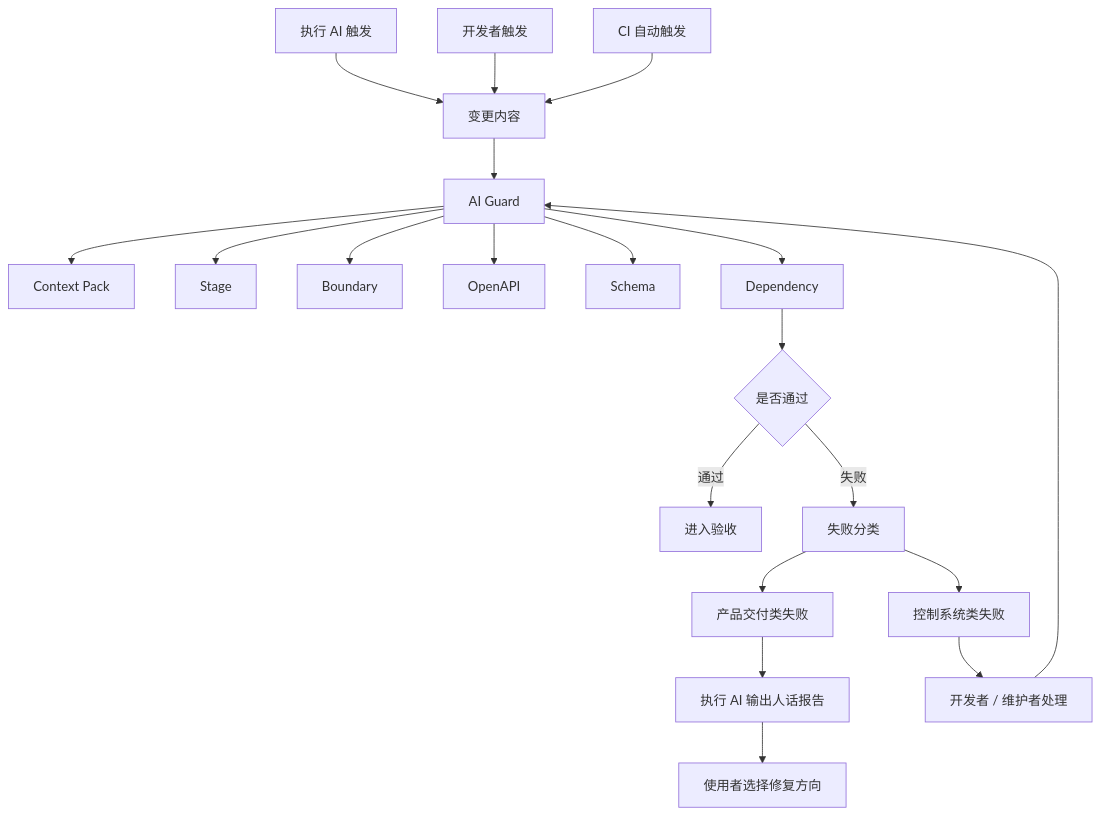
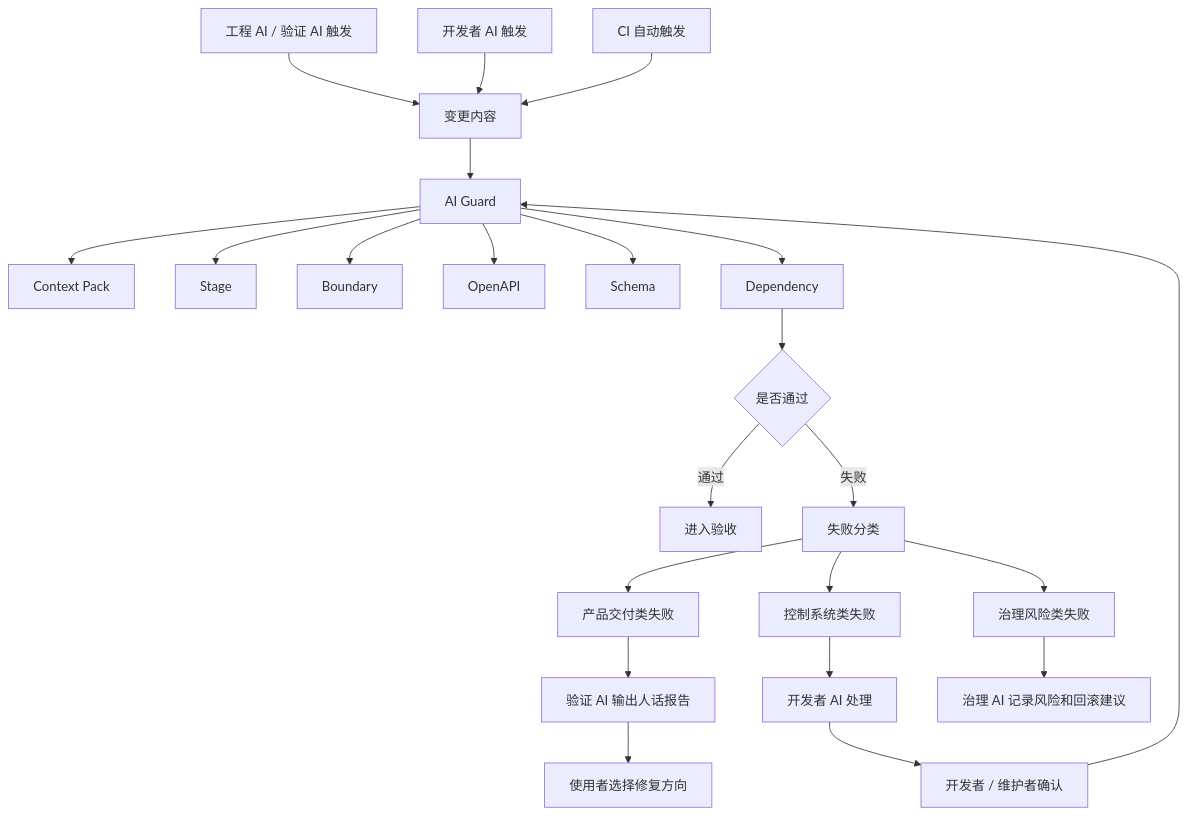
The third of 4 diagrams in 文档/控制系统/03_角色版执行与AI可替代性.md (zhidao-studio/ai-product-engineering-in-action), drawn with Mermaid before and after one commit. The commit also changed other lines of this file, not shown here.

````diff
--- a/文档/控制系统/03_角色版执行与AI可替代性.md
+++ b/文档/控制系统/03_角色版执行与AI可替代性.md
@@ -111,27 +115,31 @@
 ```mermaid
 flowchart TD
-    A[执行 AI 触发] --> B[变更内容]
-    D[开发者触发] --> B
+    A[工程 AI / 验证 AI 触发] --> B[变更内容]
+    D[开发者 AI 触发] --> B
     C[CI 自动触发] --> B
 
     B --> G[AI Guard]
     G --> G1[Context Pack]
     G --> G2[Stage]
     G --> G3[Boundary]
     G --> G4[OpenAPI]
     G --> G5[Schema]
     G --> G6[Dependency]
 
     G6 --> P{是否通过}
     P -->|通过| OK[进入验收]
     P -->|失败| F[失败分类]
 
     F --> F1[产品交付类失败]
     F --> F2[控制系统类失败]
+    F --> F3[治理风险类失败]
 
-    F1 --> R1[执行 AI 输出人话报告]
+    F1 --> R1[验证 AI 输出人话报告]
     R1 --> U[使用者选择修复方向]
 
-    F2 --> R2[开发者 / 维护者处理]
-    R2 --> G
+    F2 --> R2[开发者 AI 处理]
+    R2 --> D2[开发者 / 维护者确认]
+    D2 --> G
+
+    F3 --> R3[治理 AI 记录风险和回滚建议]
 ```
````
